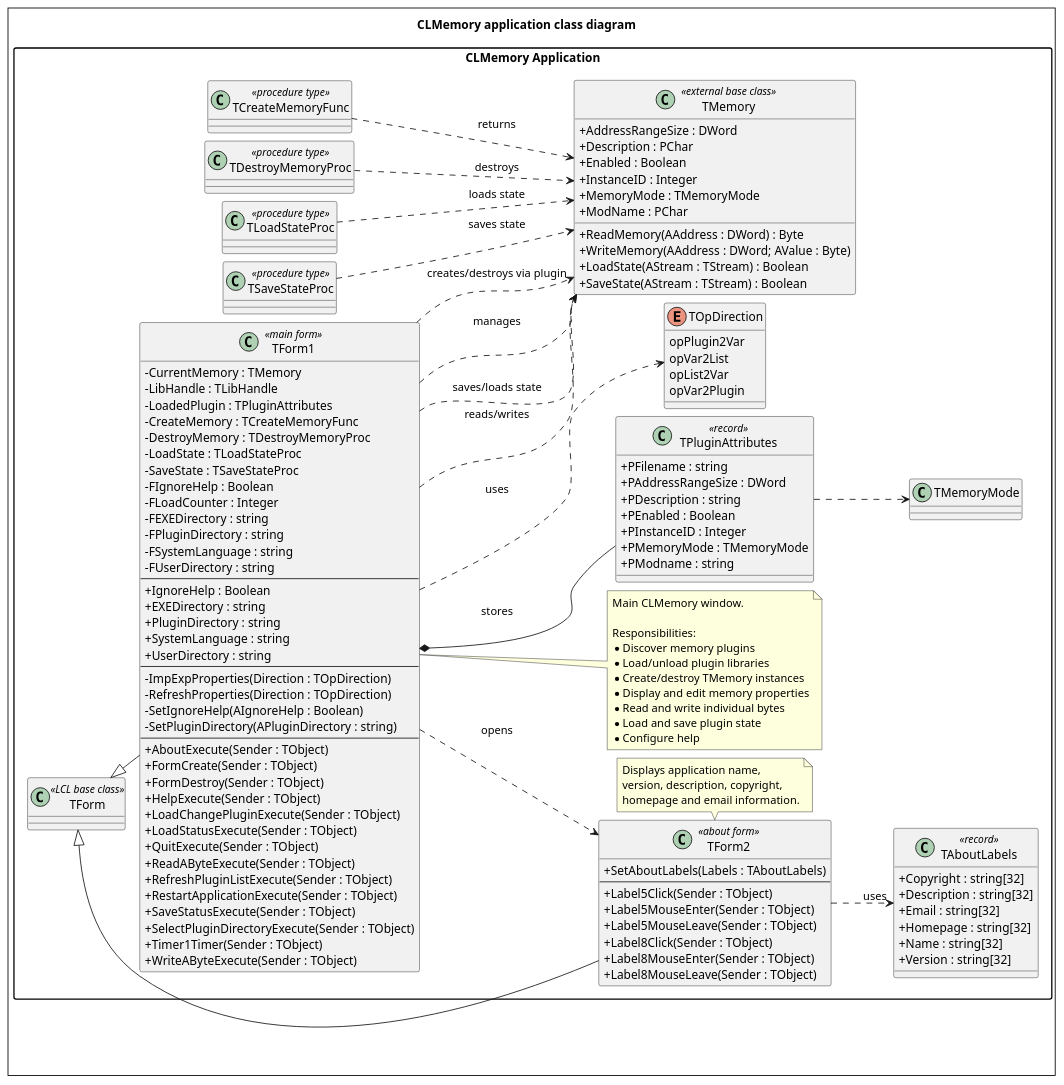
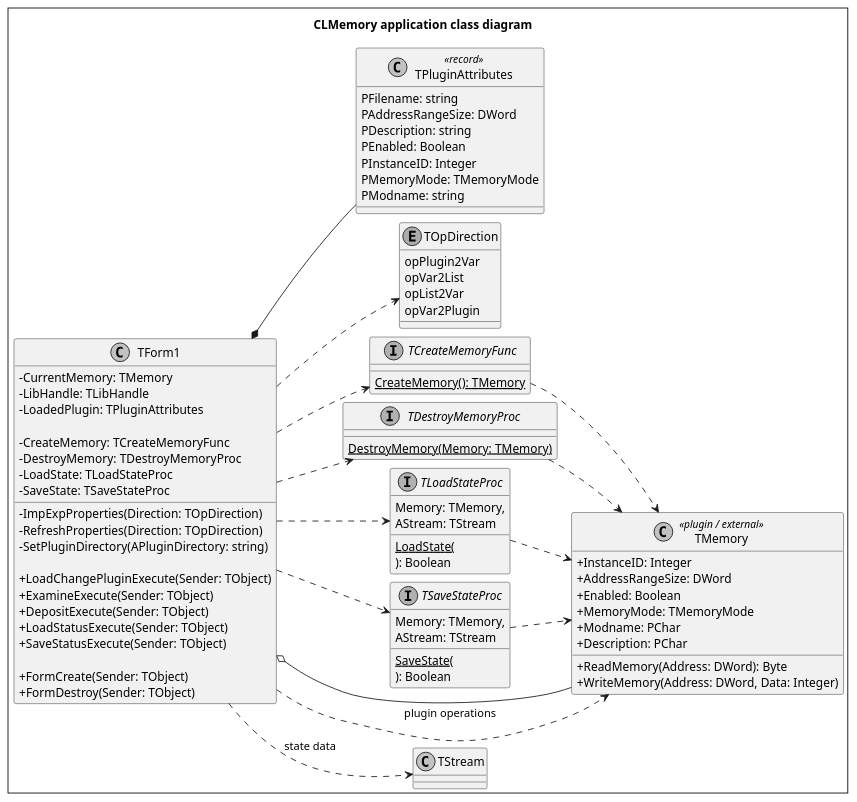
Before and after one commit to pozsarzs/corelab: the diagram in document/code/diagrams/source/class_clmemory.puml, drawn with PlantUML. The commit also changed 69 other files, not shown here.

```diff
--- a/document/code/diagrams/source/class_clmemory.puml
+++ b/document/code/diagrams/source/class_clmemory.puml
@@ -1,156 +1,128 @@
 @startuml
 
 title CLMemory application class diagram
 
 skinparam classAttributeIconSize 0
 skinparam diagramBorderColor black
 skinparam diagramBorderThickness 1
 'skinparam linetype ortho
 skinparam nodesep 10
 skinparam packageStyle rectangle
 skinparam ranksep 10
 skinparam shadowing false
 left to right direction
+skinparam monochrome true
 
-package "CLMemory Application" {
+' ============================================================
+' Plugin metadata
+' ============================================================
 
-  class TForm1 <<main form>> {
-    - CurrentMemory : TMemory
-    - LibHandle : TLibHandle
-    - LoadedPlugin : TPluginAttributes
-    - CreateMemory : TCreateMemoryFunc
-    - DestroyMemory : TDestroyMemoryProc
-    - LoadState : TLoadStateProc
-    - SaveState : TSaveStateProc
-    - FIgnoreHelp : Boolean
-    - FLoadCounter : Integer
-    - FEXEDirectory : string
-    - FPluginDirectory : string
-    - FSystemLanguage : string
-    - FUserDirectory : string
-    --
-    + IgnoreHelp : Boolean
-    + EXEDirectory : string
-    + PluginDirectory : string
-    + SystemLanguage : string
-    + UserDirectory : string
-    --
-    - ImpExpProperties(Direction : TOpDirection)
-    - RefreshProperties(Direction : TOpDirection)
-    - SetIgnoreHelp(AIgnoreHelp : Boolean)
-    - SetPluginDirectory(APluginDirectory : string)
-    --
-    + AboutExecute(Sender : TObject)
-    + FormCreate(Sender : TObject)
-    + FormDestroy(Sender : TObject)
-    + HelpExecute(Sender : TObject)
-    + LoadChangePluginExecute(Sender : TObject)
-    + LoadStatusExecute(Sender : TObject)
-    + QuitExecute(Sender : TObject)
-    + ReadAByteExecute(Sender : TObject)
-    + RefreshPluginListExecute(Sender : TObject)
-    + RestartApplicationExecute(Sender : TObject)
-    + SaveStatusExecute(Sender : TObject)
-    + SelectPluginDirectoryExecute(Sender : TObject)
-    + Timer1Timer(Sender : TObject)
-    + WriteAByteExecute(Sender : TObject)
-  }
+class TPluginAttributes <<record>> {
+    PFilename: string
+    PAddressRangeSize: DWord
+    PDescription: string
+    PEnabled: Boolean
+    PInstanceID: Integer
+    PMemoryMode: TMemoryMode
+    PModname: string
+}
 
-  class TForm2 <<about form>> {
-    + SetAboutLabels(Labels : TAboutLabels)
-    --
-    + Label5Click(Sender : TObject)
-    + Label5MouseEnter(Sender : TObject)
-    + Label5MouseLeave(Sender : TObject)
-    + Label8Click(Sender : TObject)
-    + Label8MouseEnter(Sender : TObject)
-    + Label8MouseLeave(Sender : TObject)
-  }
-
-  class TPluginAttributes <<record>> {
-    + PFilename : string
-    + PAddressRangeSize : DWord
-    + PDescription : string
-    + PEnabled : Boolean
-    + PInstanceID : Integer
-    + PMemoryMode : TMemoryMode
-    + PModname : string
-  }
-
-  enum TOpDirection {
+enum TOpDirection {
     opPlugin2Var
     opVar2List
     opList2Var
     opVar2Plugin
-  }
-
-  class TCreateMemoryFunc <<procedure type>>
-  class TDestroyMemoryProc <<procedure type>>
-  class TLoadStateProc <<procedure type>>
-  class TSaveStateProc <<procedure type>>
-
-  class TAboutLabels <<record>> {
-    + Copyright : string[32]
-    + Description : string[32]
-    + Email : string[32]
-    + Homepage : string[32]
-    + Name : string[32]
-    + Version : string[32]
-  }
-
-  class TMemory <<external base class>> {
-    + AddressRangeSize : DWord
-    + Description : PChar
-    + Enabled : Boolean
-    + InstanceID : Integer
-    + MemoryMode : TMemoryMode
-    + ModName : PChar
-    + ReadMemory(AAddress : DWord) : Byte
-    + WriteMemory(AAddress : DWord; AValue : Byte)
-    + LoadState(AStream : TStream) : Boolean
-    + SaveState(AStream : TStream) : Boolean
-  }
-
-  class TForm <<LCL base class>>
-
-  TForm <|-- TForm1
-  TForm <|-- TForm2
-
-  TForm1 *-- TPluginAttributes : stores
-  TForm2 ..> TAboutLabels : uses
-
-  TForm1 ..> TMemory : manages
-  TForm1 ..> TMemory : creates/destroys via plugin
-  TForm1 ..> TMemory : reads/writes
-  TForm1 ..> TMemory : saves/loads state
-
-  TPluginAttributes ..> TMemoryMode
-  TCreateMemoryFunc ..> TMemory : returns
-  TDestroyMemoryProc ..> TMemory : destroys
-  TLoadStateProc ..> TMemory : loads state
-  TSaveStateProc ..> TMemory : saves state
-
-  TForm1 ..> TForm2 : opens
-  TForm1 ..> TOpDirection : uses
-
-  note right of TForm1
-    Main CLMemory window.
-
-    Responsibilities:
-    * Discover memory plugins
-    * Load/unload plugin libraries
-    * Create/destroy TMemory instances
-    * Display and edit memory properties
-    * Read and write individual bytes
-    * Load and save plugin state
-    * Configure help
-  end note
-
-  note bottom of TForm2
-    Displays application name,
-    version, description, copyright,
-    homepage and email information.
-  end note
 }
 
+' ============================================================
+' Plugin entry points
+' ============================================================
+
+interface TCreateMemoryFunc {
+    {static} CreateMemory(): TMemory
+}
+
+interface TDestroyMemoryProc {
+    {static} DestroyMemory(Memory: TMemory)
+}
+
+interface TLoadStateProc {
+    {static} LoadState(
+        Memory: TMemory,
+        AStream: TStream
+    ): Boolean
+}
+
+interface TSaveStateProc {
+    {static} SaveState(
+        Memory: TMemory,
+        AStream: TStream
+    ): Boolean
+}
+
+' ============================================================
+' External plugin class
+' ============================================================
+
+class TMemory <<plugin / external>> {
+    +InstanceID: Integer
+    +AddressRangeSize: DWord
+    +Enabled: Boolean
+    +MemoryMode: TMemoryMode
+    +Modname: PChar
+    +Description: PChar
+
+    +ReadMemory(Address: DWord): Byte
+    +WriteMemory(Address: DWord, Data: Integer)
+}
+
+' ============================================================
+' Main application
+' ============================================================
+
+class TForm1 {
+    -CurrentMemory: TMemory
+    -LibHandle: TLibHandle
+    -LoadedPlugin: TPluginAttributes
+
+    -CreateMemory: TCreateMemoryFunc
+    -DestroyMemory: TDestroyMemoryProc
+    -LoadState: TLoadStateProc
+    -SaveState: TSaveStateProc
+
+    -ImpExpProperties(Direction: TOpDirection)
+    -RefreshProperties(Direction: TOpDirection)
+    -SetPluginDirectory(APluginDirectory: string)
+
+    +LoadChangePluginExecute(Sender: TObject)
+    +ExamineExecute(Sender: TObject)
+    +DepositExecute(Sender: TObject)
+    +LoadStatusExecute(Sender: TObject)
+    +SaveStatusExecute(Sender: TObject)
+
+    +FormCreate(Sender: TObject)
+    +FormDestroy(Sender: TObject)
+}
+
+' ============================================================
+' Relationships
+' ============================================================
+
+TForm1 *-- TPluginAttributes
+TForm1 o-- TMemory
+
+TForm1 ..> TCreateMemoryFunc
+TForm1 ..> TDestroyMemoryProc
+TForm1 ..> TLoadStateProc
+TForm1 ..> TSaveStateProc
+TForm1 ..> TOpDirection
+
+TCreateMemoryFunc ..> TMemory
+TDestroyMemoryProc ..> TMemory
+TLoadStateProc ..> TMemory
+TSaveStateProc ..> TMemory
+
+TForm1 ..> TMemory : plugin operations
+TForm1 ..> TStream : state data
+
 @enduml
```
